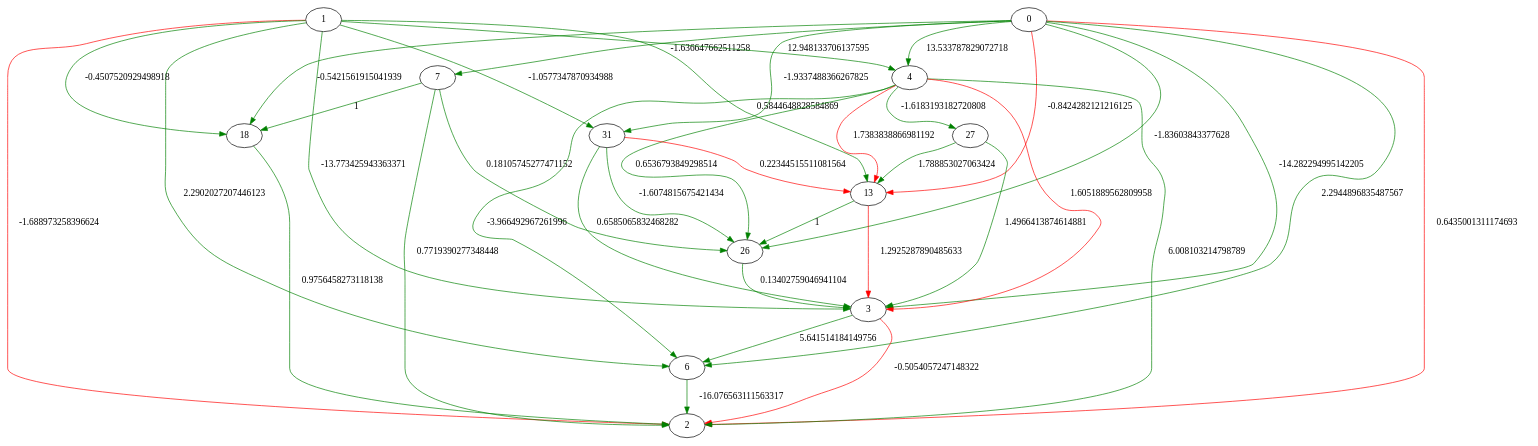
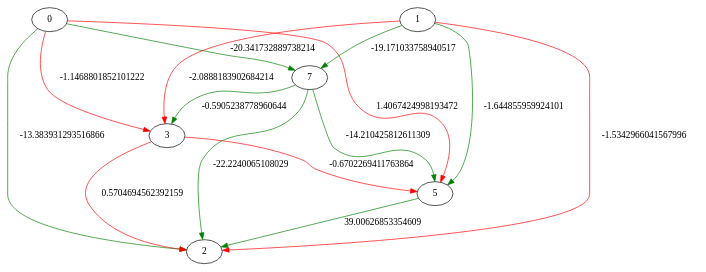
Before and after one commit to RoshanNagaram002/NEAT: the diagram in Neat/visualizaions/Digraph.gv, drawn with Graphviz. The commit also changed 514 other files, not shown here.

```diff
--- a/Neat/visualizaions/Digraph.gv
+++ b/Neat/visualizaions/Digraph.gv
@@ -1,52 +1,23 @@
 // Genoming!
 digraph {
 	0 [label=0]
 	1 [label=1]
 	2 [label=2]
 	3 [label=3]
-	4 [label=4]
-	6 [label=6]
+	5 [label=5]
 	7 [label=7]
-	13 [label=13]
-	18 [label=18]
-	26 [label=26]
-	27 [label=27]
-	31 [label=31]
-	0 -> 2 [label=0.6435001311174693 color=red]
-	1 -> 2 [label=-1.688973258396624 color=red]
-	1 -> 3 [label=-13.773425943363371 color=green]
-	3 -> 2 [label=-0.5054057247148322 color=red]
-	0 -> 3 [label=-14.282294995142205 color=green]
-	1 -> 4 [label=12.948133706137595 color=green]
-	4 -> 3 [label=1.6051889562809958 color=red]
-	4 -> 2 [label=6.008103214798789 color=green]
-	3 -> 6 [label=5.641514184149756 color=green]
-	6 -> 2 [label=-16.076563111563317 color=green]
-	1 -> 6 [label=2.2902027207446123 color=green]
-	0 -> 7 [label=-1.636647662511258 color=green]
-	7 -> 2 [label=0.7719390277348448 color=green]
-	0 -> 6 [label=2.2944896835487567 color=green]
-	0 -> 4 [label=13.533787829072718 color=green]
-	4 -> 6 [label=-3.966492967261996 color=green]
-	4 -> 13 [label=1.7383838866981192 color=red]
-	13 -> 3 [label=1.2925287890485633 color=red]
-	0 -> 13 [label=-0.8424282121216125 color=red]
-	1 -> 13 [label=0.5844648828584869 color=green]
-	7 -> 18 [label=1 color=green]
-	18 -> 2 [label=0.9756458273118138 color=green]
-	1 -> 18 [label=-0.4507520929498918 color=green]
-	0 -> 18 [label=-0.5421561915041939 color=green]
-	13 -> 26 [label=1 color=green]
-	26 -> 3 [label=0.13402759046941104 color=green]
-	4 -> 27 [label=-1.6183193182720808 color=green]
-	27 -> 13 [label=1.788853027063424 color=green]
-	0 -> 31 [label=-1.9337488366267825 color=green]
-	31 -> 13 [label=0.22344515511081564 color=red]
-	31 -> 3 [label=0.6585065832468282 color=green]
-	1 -> 31 [label=-1.0577347870934988 color=green]
-	27 -> 3 [label=1.4966413874614881 color=green]
-	0 -> 26 [label=-1.83603843377628 color=green]
-	7 -> 26 [label=0.18105745277471152 color=green]
-	31 -> 26 [label=-1.6074815675421434 color=green]
-	4 -> 26 [label=0.6536793849298514 color=green]
+	0 -> 2 [label=-13.383931293516866 color=green]
+	1 -> 2 [label=-1.5342966041567996 color=red]
+	1 -> 3 [label=-2.0888183902684214 color=red]
+	3 -> 2 [label=0.5704694562392159 color=red]
+	0 -> 3 [label=-1.1468801852101222 color=red]
+	3 -> 5 [label=-0.6702269411763864 color=red]
+	5 -> 2 [label=39.00626853354609 color=green]
+	0 -> 7 [label=-20.341732889738214 color=green]
+	7 -> 3 [label=-0.5905238778960644 color=green]
+	1 -> 5 [label=-1.644855959924101 color=green]
+	7 -> 2 [label=-22.2240065108029 color=green]
+	1 -> 7 [label=-19.171033758940517 color=green]
+	0 -> 5 [label=1.4067424998193472 color=red]
+	7 -> 5 [label=-14.210425812611309 color=green]
 }
```
